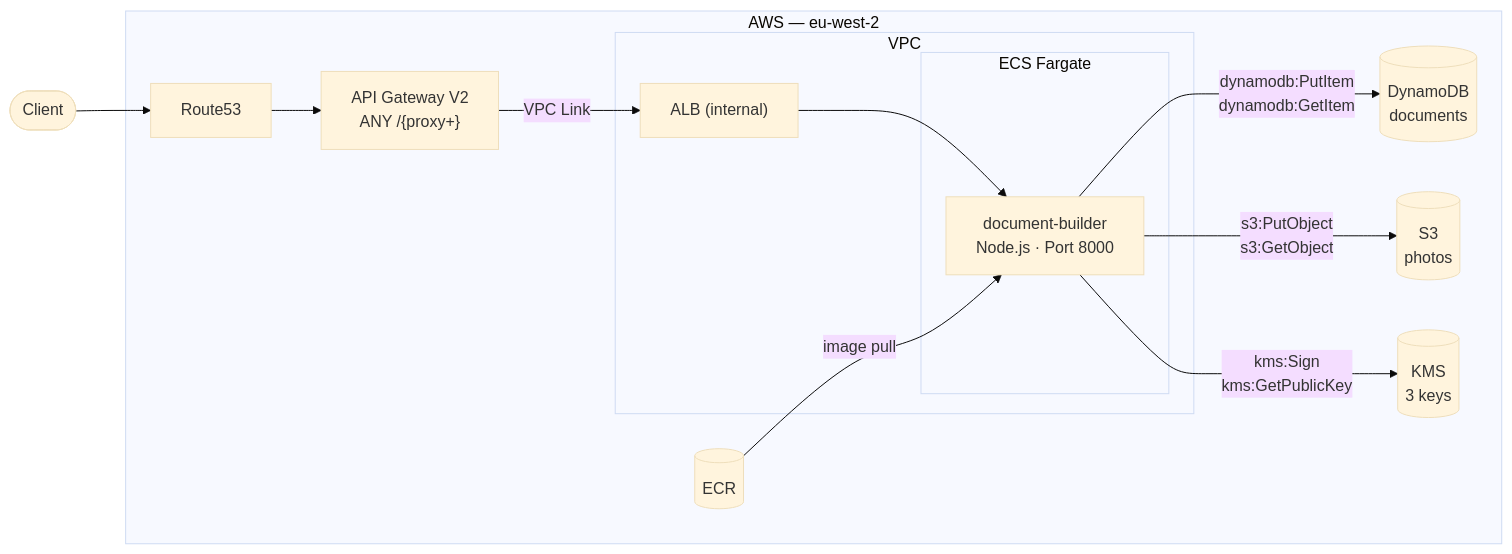
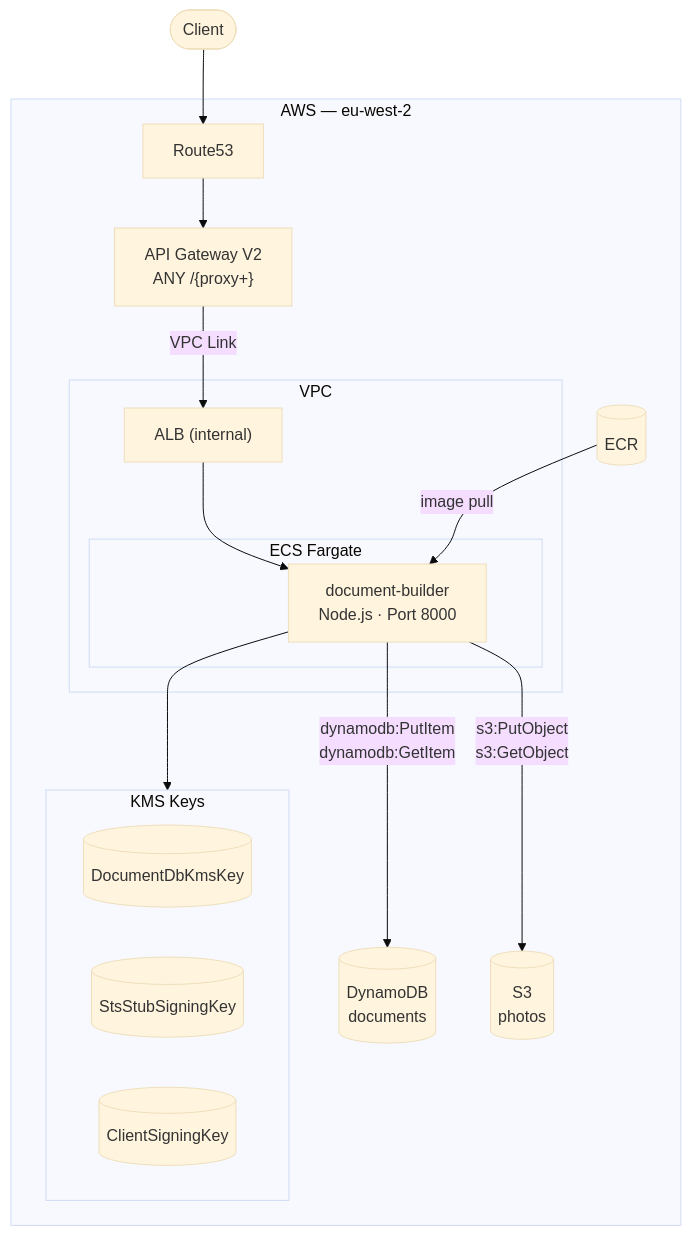
One commit to govuk-one-login/mobile-wallet-document-builder changed the diagram in docs/infrastructure.md. Above: the diagram before and after it, drawn with Mermaid (base theme). The commit also changed other lines of this file and 1 other file, not shown here.

Commit message:
docs: pr comments

````diff
--- a/docs/infrastructure.md
+++ b/docs/infrastructure.md
@@ -5,30 +5,35 @@
 ```mermaid
-flowchart LR
+flowchart TD
     client(["Client"])
 
     subgraph aws ["AWS — eu-west-2"]
 
         dns["Route53"]
         agw["API Gateway V2\nANY /{proxy+}"]
 
         subgraph vpc ["VPC"]
             alb["ALB (internal)"]
             subgraph ecs ["ECS Fargate"]
                 container["document-builder\nNode.js · Port 8000"]
             end
         end
 
         ecr[("ECR")]
         ddb[("DynamoDB\ndocuments")]
         s3[("S3\nphotos")]
-        kms[("KMS\n3 keys")]
+
+        subgraph kms_group ["KMS Keys"]
+            kms_db[("DocumentDbKmsKey")]
+            kms_sts[("StsStubSigningKey")]
+            kms_client[("ClientSigningKey")]
+        end
 
     end
 
     client --> dns --> agw
     agw -->|"VPC Link"| alb --> container
     ecr -->|"image pull"| container
     container -->|"dynamodb:PutItem\ndynamodb:GetItem"| ddb
     container -->|"s3:PutObject\ns3:GetObject"| s3
-    container -->|"kms:Sign\nkms:GetPublicKey"| kms
+    container --> kms_group
 ```
````
